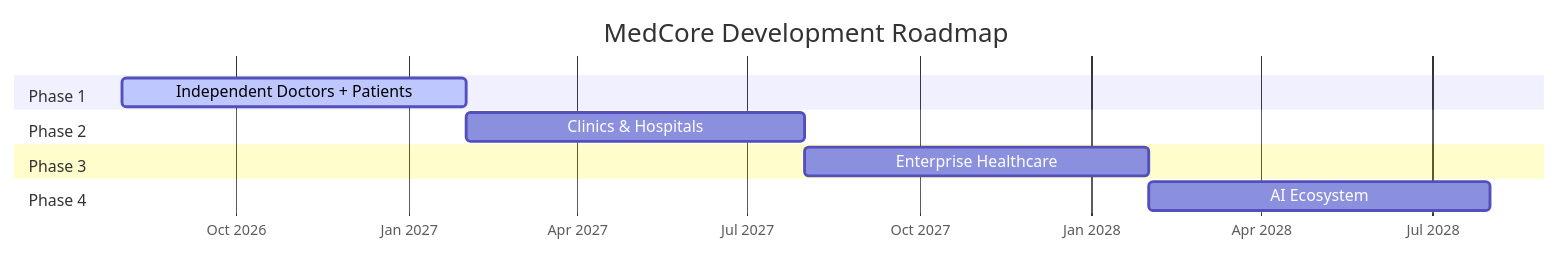
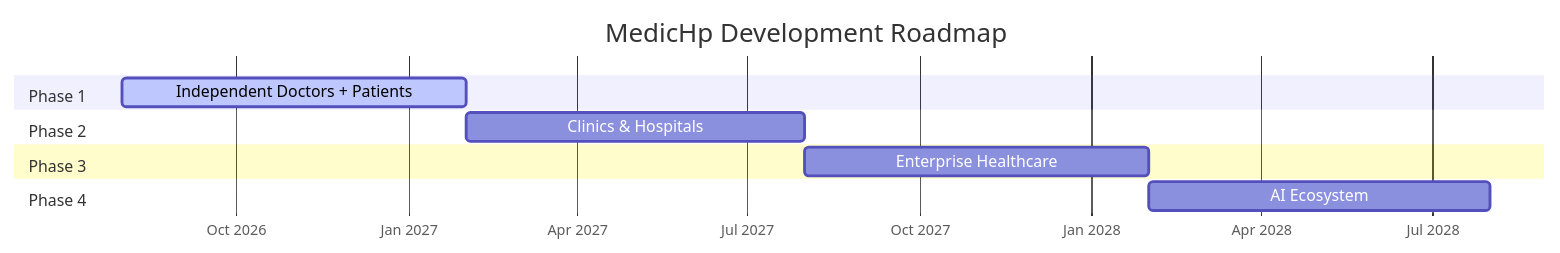
One commit to Mehboob-Ahmad/MedCore changed the first of 3 diagrams in docs/Specifications/PROJECT_SPECIFICATION.md. Above: the diagram before and after it, drawn with Mermaid. The commit also changed other lines of this file and 703 other files, not shown here.

````diff
--- a/docs/Specifications/PROJECT_SPECIFICATION.md
+++ b/docs/Specifications/PROJECT_SPECIFICATION.md
@@ -110,18 +110,18 @@
 ```mermaid
 gantt
-    title MedCore Development Roadmap
+    title MedicHp Development Roadmap
     dateFormat YYYY-MM
     axisFormat %b %Y
 
     section Phase 1
     Independent Doctors + Patients :active, p1, 2026-08, 2027-02
 
     section Phase 2
     Clinics & Hospitals           :p2, after p1, 2027-08
 
     section Phase 3
     Enterprise Healthcare         :p3, after p2, 2028-02
 
     section Phase 4
     AI Ecosystem                  :p4, after p3, 2028-08
 ```
````
